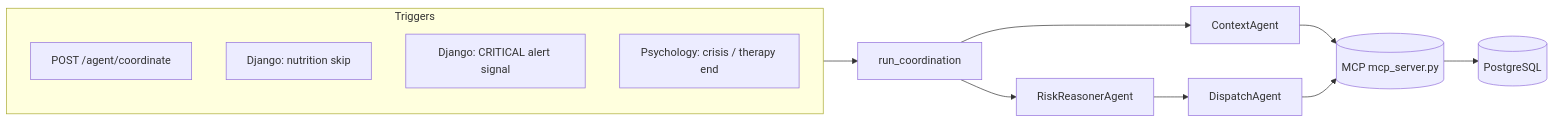
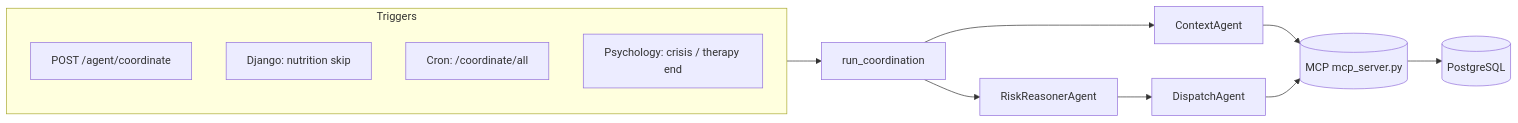
The diagram in backend/fastapi_ai/agent/agent_architecture.md (EdamHakim/Glunova), drawn with Mermaid before and after one commit. The commit also changed other lines of this file and 4 other files, not shown here.

````diff
--- a/backend/fastapi_ai/agent/agent_architecture.md
+++ b/backend/fastapi_ai/agent/agent_architecture.md
@@ -36,23 +38,23 @@
 ```mermaid
 flowchart LR
   subgraph entry [Triggers]
     HTTP["POST /agent/coordinate"]
     DJ["Django: nutrition skip"]
-    MS["Django: CRITICAL alert signal"]
+    CR["Cron: /coordinate/all"]
     PSY["Psychology: crisis / therapy end"]
   end
   ORC[run_coordination]
   CTX[ContextAgent]
   MCP[(MCP mcp_server.py)]
   RR[RiskReasonerAgent]
   DP[DispatchAgent]
   DB[(PostgreSQL)]
 
   entry --> ORC
   ORC --> CTX
   CTX --> MCP
- ORC --> RR
+  ORC --> RR
   RR --> DP
   DP --> MCP
   MCP --> DB
 ```
````
